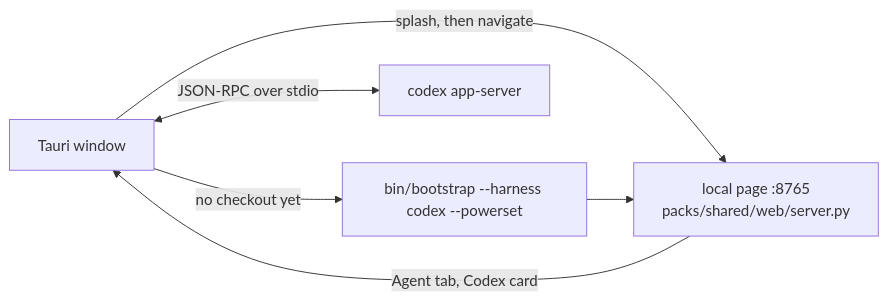
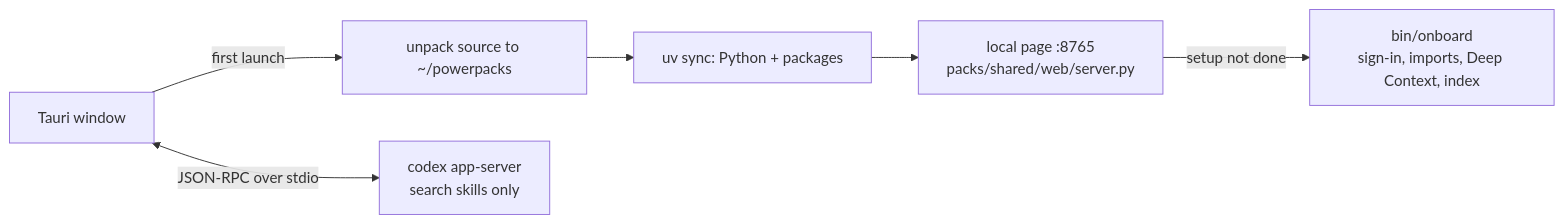
One commit to powerset-co/powerpacks changed the diagram in desktop/README.md. Above: the diagram before and after it, drawn with Mermaid. The commit also changed other lines of this file and 36 other files, not shown here.

First line of the commit message:
feat(desktop): ship a self-contained Mac app with chat and setup

````diff
--- a/desktop/README.md
+++ b/desktop/README.md
@@ -7,8 +6,8 @@
 ```mermaid
 flowchart LR
-  app[Tauri window] -->|splash, then navigate| page[local page :8765<br/>packs/shared/web/server.py]
-  app -->|no checkout yet| boot[bin/bootstrap --harness codex --powerset]
-  boot --> page
-  app <-->|JSON-RPC over stdio| codex[codex app-server]
-  page -->|Agent tab, Codex card| app
+  app[Tauri window] -->|first launch| src[unpack source to ~/powerpacks]
+  src --> sync[uv sync: Python + packages]
+  sync --> page[local page :8765<br/>packs/shared/web/server.py]
+  page -->|setup not done| onboard[bin/onboard<br/>sign-in, imports, Deep Context, index]
+  app <-->|JSON-RPC over stdio| codex[codex app-server<br/>search skills only]
 ```
````
